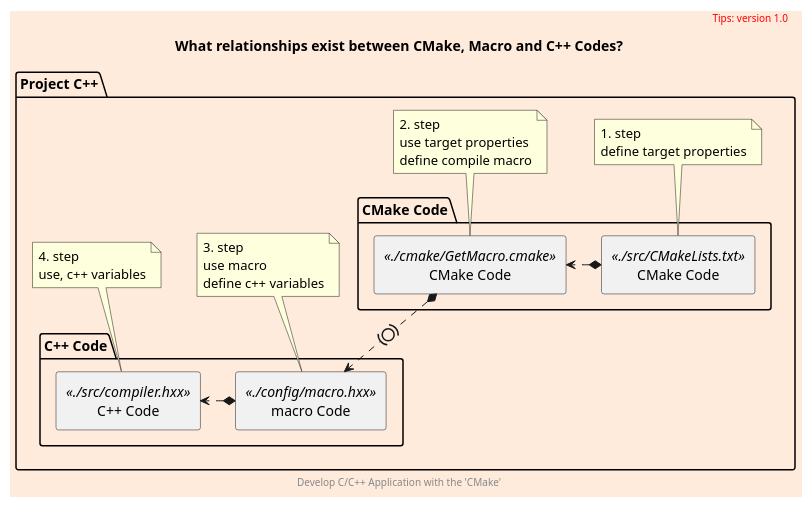
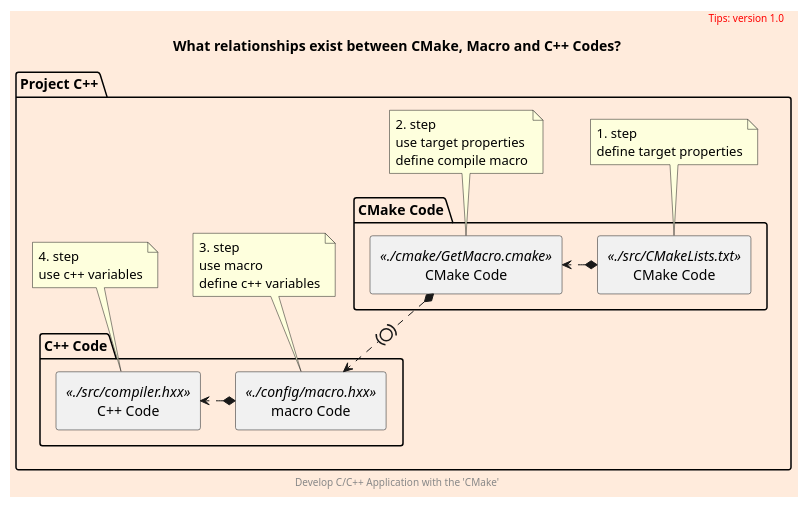
Before and after one commit to cnruby/w3h1_cmake: the diagram in docs/what-simple.puml, drawn with PlantUML. The commit also changed 1 other file, not shown here.

```diff
--- a/docs/what-simple.puml
+++ b/docs/what-simple.puml
@@ -1,61 +1,61 @@
 @startuml what-simple
 scale 800 width
 skinparam backgroundColor #FFEBDC
 scale 1
 
 skinparam cloud {
   backgroundColor Olive
   borderColor orange
 }
 
 'left to right direction
 package "Project C++" as project {
   package "CMake Code" as cmake_project {
     rectangle "CMake Code" <<./src/CMakeLists.txt>> as cmake_set
     rectangle "CMake Code" <<./cmake/GetMacro.cmake>> as cmake_get
   }
   package "C++ Code" as cxx_project {
     rectangle "macro Code" <<./config/macro.hxx>> as macro_code
     rectangle "C++ Code" <<./src/compiler.hxx>> as cxx_code
   }
 
   note top of cmake_set
     1. step
     define target properties
   endnote
 
   note top of cmake_get
     2. step
     use target properties
     define compile macro
   endnote
 
   note top of macro_code
     3. step
     use macro
     define c++ variables
   endnote
 
   note top of cxx_code
     4. step
-    use‚ c++ variables
+    use c++ variables
   endnote
 }
 
 macro_code *.right.> cxx_code
 cmake_get *.(0).> macro_code
 'cmake_get *.(0).> cxx_code
 cmake_set *.right.> cmake_get
 
 
 title
     What relationships exist between CMake, Macro and C++ Codes?
 end title
 
 header
 <font color=red>Tips: version 1.0</font>
 endheader
 
 center footer Develop C/C++ Application with the 'CMake'
 
 @enduml
```
